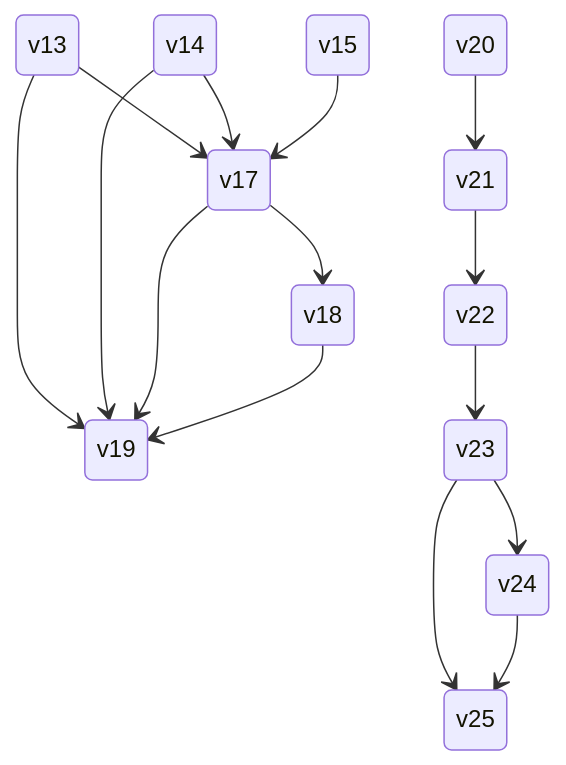
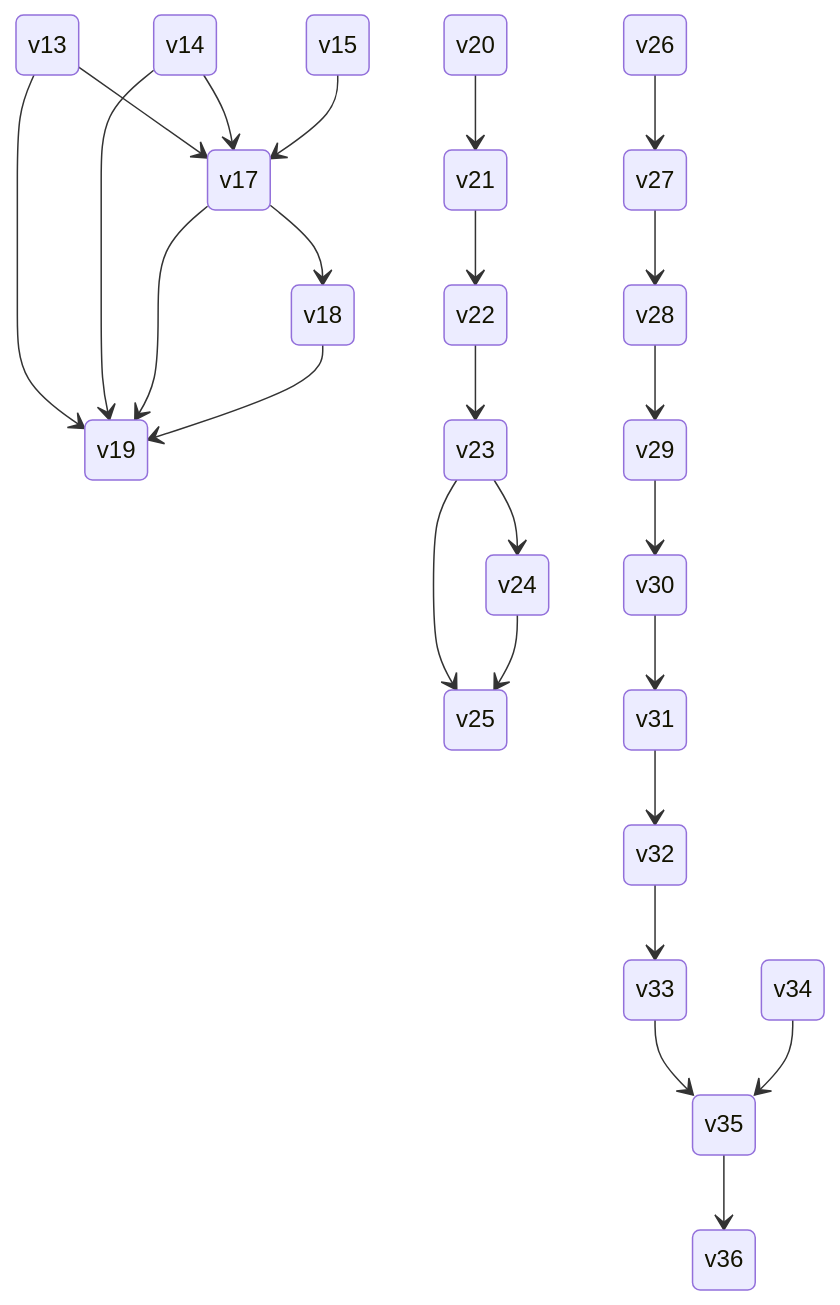
Before and after one commit to awchjimmy/twms-client-download: the first of 2 diagrams in experimental/dependency-graph.md, drawn with Mermaid.

````diff
--- a/experimental/dependency-graph.md
+++ b/experimental/dependency-graph.md
@@ -3,17 +3,27 @@
 ```mermaid
 stateDiagram-v2
     v13 --> v17
     v14 --> v17
     v15 --> v17
     v17 --> v18
     v13 --> v19
     v14 --> v19
     v17 --> v19
     v18 --> v19
     v20 --> v21
     v21 --> v22
     v22 --> v23
     v23 --> v24
     v23 --> v25
     v24 --> v25
+    v26 --> v27
+    v27 --> v28
+    v28 --> v29
+    v29 --> v30
+    v30 --> v31
+    v31 --> v32
+    v32 --> v33
+    v33 --> v35
+    v34 --> v35
+    v35 --> v36
 ```
````
